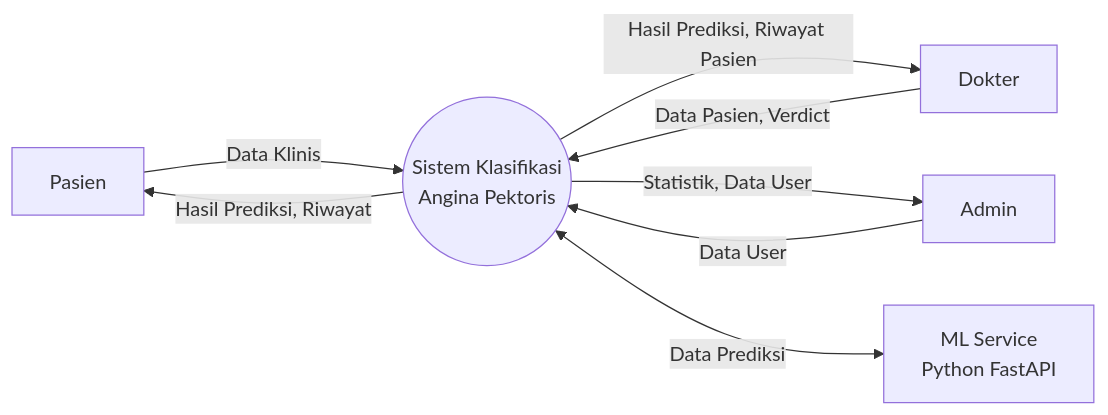
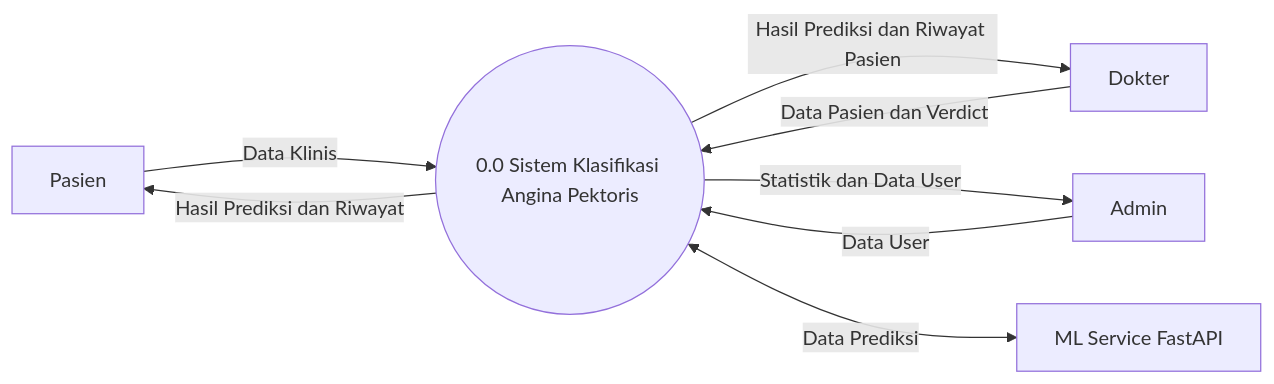
One commit to 9-9-9x/angina-pektoris-detection changed the first of 2 diagrams in web/docs/dfd.md. Above: the diagram before and after it, drawn with Mermaid. The commit also changed other lines of this file and 4 other files, not shown here.

````diff
--- a/web/docs/dfd.md
+++ b/web/docs/dfd.md
@@ -5,10 +5,10 @@
 ```mermaid
 flowchart LR
-    P[Pasien] -->|"Data Klinis"| S(("Sistem Klasifikasi<br/>Angina Pektoris"))
-    D[Dokter] -->|"Data Pasien, Verdict"| S
+    P[Pasien] -->|"Data Klinis"| S((0.0 Sistem Klasifikasi Angina Pektoris))
+    D[Dokter] -->|"Data Pasien dan Verdict"| S
     A[Admin] -->|"Data User"| S
-    S -->|"Hasil Prediksi, Riwayat"| P
-    S -->|"Hasil Prediksi, Riwayat Pasien"| D
-    S -->|"Statistik, Data User"| A
-    S <-->|"Data Prediksi"| ML["ML Service<br/>Python FastAPI"]
+    S -->|"Hasil Prediksi dan Riwayat"| P
+    S -->|"Hasil Prediksi dan Riwayat Pasien"| D
+    S -->|"Statistik dan Data User"| A
+    S <-->|"Data Prediksi"| ML[ML Service FastAPI]
 ```
````
